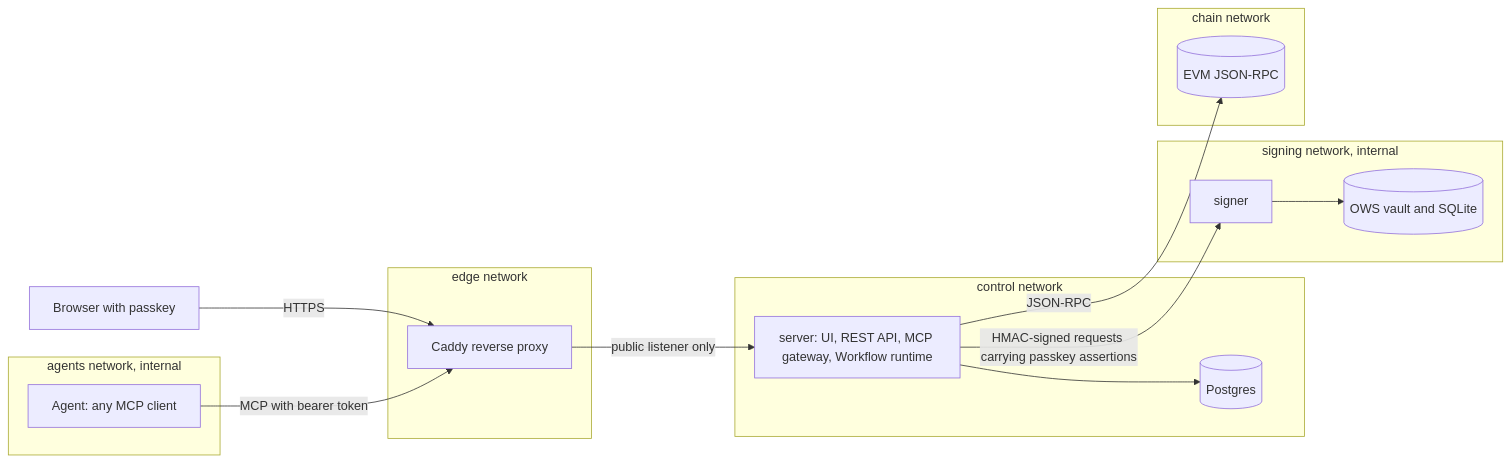
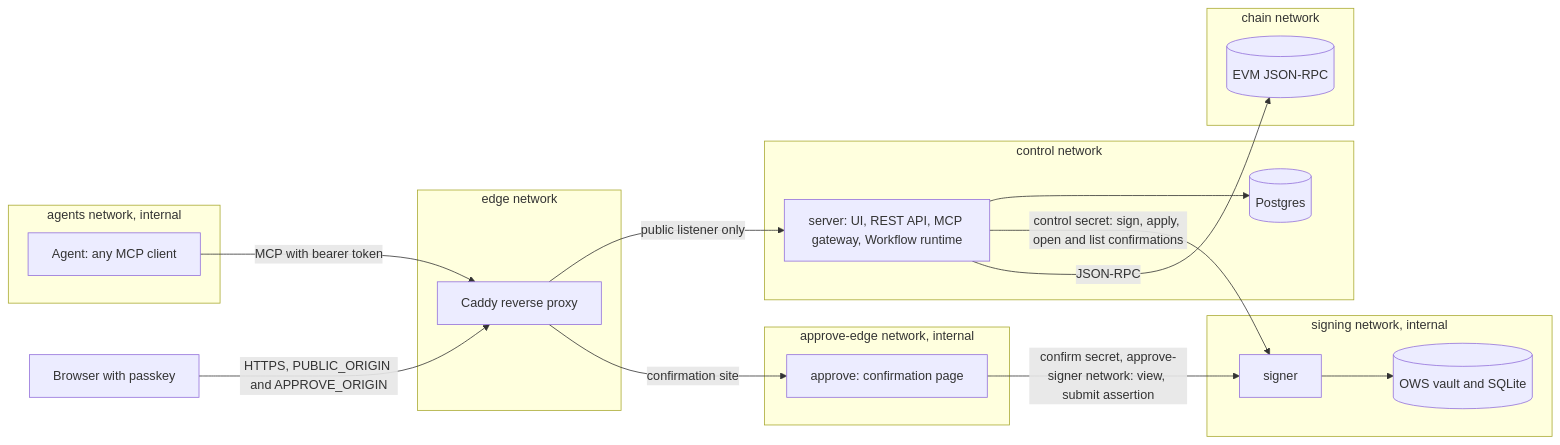
One commit to askgina/os changed the first of 3 diagrams in docs/architecture.md. Above: the diagram before and after it, drawn with Mermaid. The commit also changed other lines of this file and 52 other files, not shown here.

First line of the commit message:
feat: a confirmation page on its own origin, served by a keyless approve service

````diff
--- a/docs/architecture.md
+++ b/docs/architecture.md
@@ -44,27 +44,32 @@
 ```mermaid
 flowchart LR
   subgraph agentsNet [agents network, internal]
     A[Agent: any MCP client]
   end
   subgraph edgeNet [edge network]
     C[Caddy reverse proxy]
   end
   subgraph controlNet [control network]
     S[server: UI, REST API, MCP gateway, Workflow runtime]
     P[(Postgres)]
   end
   subgraph signingNet [signing network, internal]
     G[signer]
     V[(OWS vault and SQLite)]
   end
+  subgraph approveEdgeNet [approve-edge network, internal]
+    AP[approve: confirmation page]
+  end
   subgraph chainNet [chain network]
     R[(EVM JSON-RPC)]
   end
-  B[Browser with passkey] -->|HTTPS| C
+  B[Browser with passkey] -->|HTTPS, PUBLIC_ORIGIN and APPROVE_ORIGIN| C
   A -->|MCP with bearer token| C
   C -->|public listener only| S
+  C -->|confirmation site| AP
   S --> P
-  S -->|HMAC-signed requests carrying passkey assertions| G
+  S -->|control secret: sign, apply, open and list confirmations| G
+  AP -->|confirm secret, approve-signer network: view, submit assertion| G
   G --> V
   S -->|JSON-RPC| R
 ```
````
